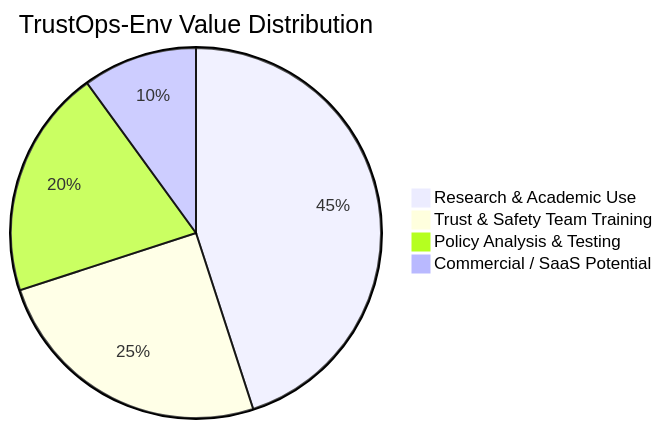
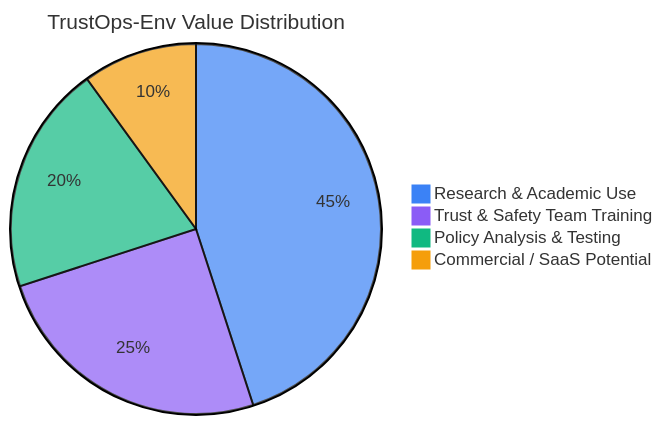
Before and after one commit to Anubhav741/ThinkSync: diagram 13 of 15 in core_concept.md, drawn with Mermaid. The commit also changed other lines of this file, not shown here.

````diff
--- a/core_concept.md
+++ b/core_concept.md
@@ -446,7 +458,8 @@
 ```mermaid
+%%{init: {'theme': 'base', 'themeVariables': { 'pie1': '#3b82f6', 'pie2': '#8b5cf6', 'pie3': '#10b981', 'pie4': '#f59e0b', 'pieTitleTextSize': '21px', 'pieTitleTextWeight': 'bold'}}}%%
 pie title TrustOps-Env Value Distribution
     "Research & Academic Use" : 45
     "Trust & Safety Team Training" : 25
     "Policy Analysis & Testing" : 20
     "Commercial / SaaS Potential" : 10
 ```
````
